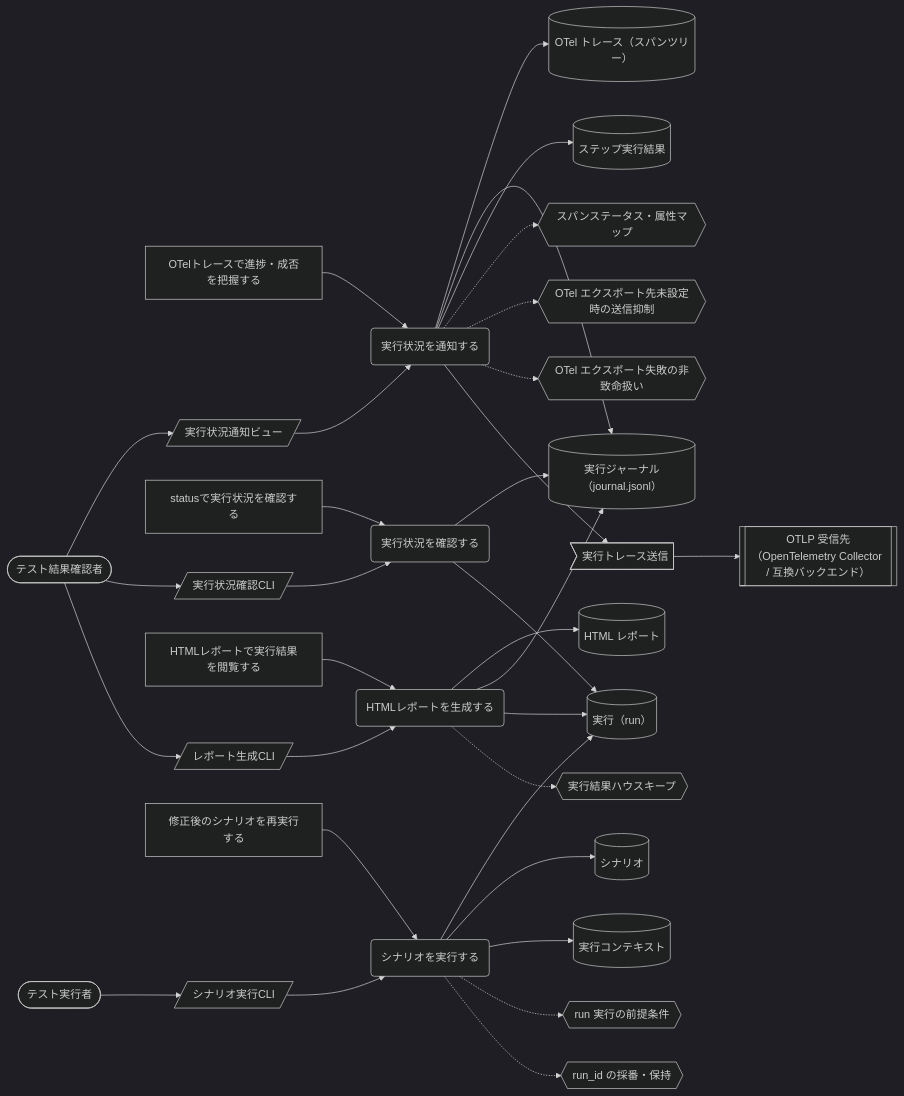
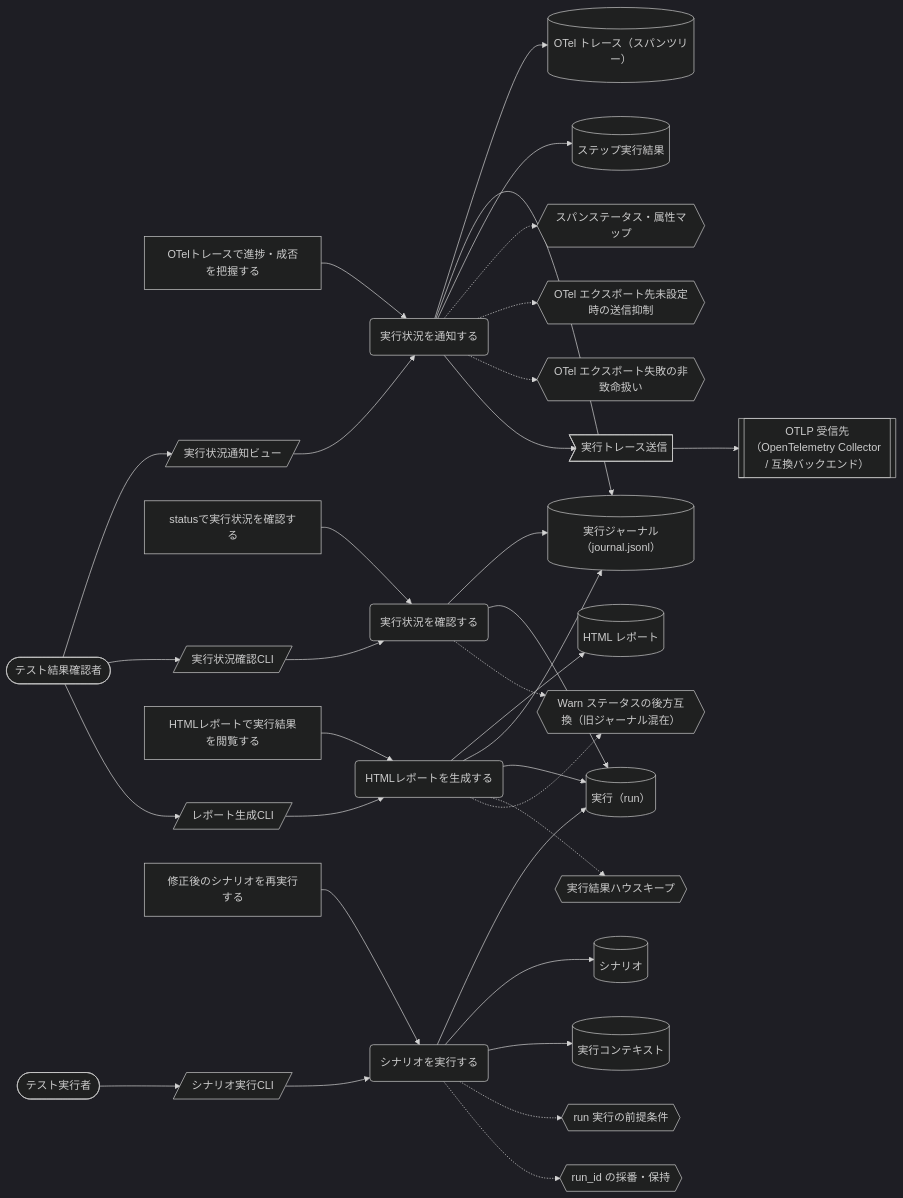
One commit to scenario-test-framework/stfw changed the seventh of 7 diagrams in docs/rdra/latest/views/04_UC複合図.md. Above: the diagram before and after it, drawn with Mermaid (dark theme). The commit also changed other lines of this file and 60 other files, not shown here.

````diff
--- a/docs/rdra/latest/views/04_UC複合図.md
+++ b/docs/rdra/latest/views/04_UC複合図.md
@@ -401,63 +406,66 @@
 ```mermaid
 graph LR
   UC1("実行状況を通知する")
   AT1["OTelトレースで進捗・成否を把握する"]
   IF1[("OTel トレース（スパンツリー）")]
   IF2[("実行ジャーナル（journal.jsonl）")]
   IF3[("ステップ実行結果")]
   CD1{{"スパンステータス・属性マップ"}}
   CD2{{"OTel エクスポート先未設定時の送信抑制"}}
   CD3{{"OTel エクスポート失敗の非致命扱い"}}
   SC1[/"実行状況通知ビュー"/]
   AC1(["テスト結果確認者"])
   EV1>"実行トレース送信"]
   EX1[["OTLP 受信先（OpenTelemetry Collector / 互換バックエンド）"]]
   UC2("実行状況を確認する")
   AT2["statusで実行状況を確認する"]
   IF4[("実行（run）")]
   SC2[/"実行状況確認CLI"/]
   UC3("HTMLレポートを生成する")
   AT3["HTMLレポートで実行結果を閲覧する"]
   IF5[("HTML レポート")]
   SC3[/"レポート生成CLI"/]
   CD4{{"実行結果ハウスキープ"}}
   UC4("シナリオを実行する")
   AT4["修正後のシナリオを再実行する"]
   IF6[("シナリオ")]
   IF7[("実行コンテキスト")]
   CD5{{"run 実行の前提条件"}}
   CD6{{"run_id の採番・保持"}}
   SC4[/"シナリオ実行CLI"/]
   AC2(["テスト実行者"])
+  CD7{{"Warn ステータスの後方互換（旧ジャーナル混在）"}}
   AT1 --> UC1
   UC1 --> IF1
   UC1 --> IF2
   UC1 --> IF3
   UC1 -.-> CD1
   UC1 -.-> CD2
   UC1 -.-> CD3
   AC1 --> SC1
   SC1 --> UC1
   UC1 --> EV1
   EV1 --> EX1
   AT2 --> UC2
   UC2 --> IF2
   UC2 --> IF4
   AC1 --> SC2
   SC2 --> UC2
   AT3 --> UC3
   UC3 --> IF5
   UC3 --> IF2
   UC3 --> IF4
   AC1 --> SC3
   SC3 --> UC3
   UC3 -.-> CD4
   AT4 --> UC4
   UC4 --> IF4
   UC4 --> IF6
   UC4 --> IF7
   UC4 -.-> CD5
   UC4 -.-> CD6
   AC2 --> SC4
   SC4 --> UC4
+  UC2 -.-> CD7
+  UC3 -.-> CD7
 ```
````
